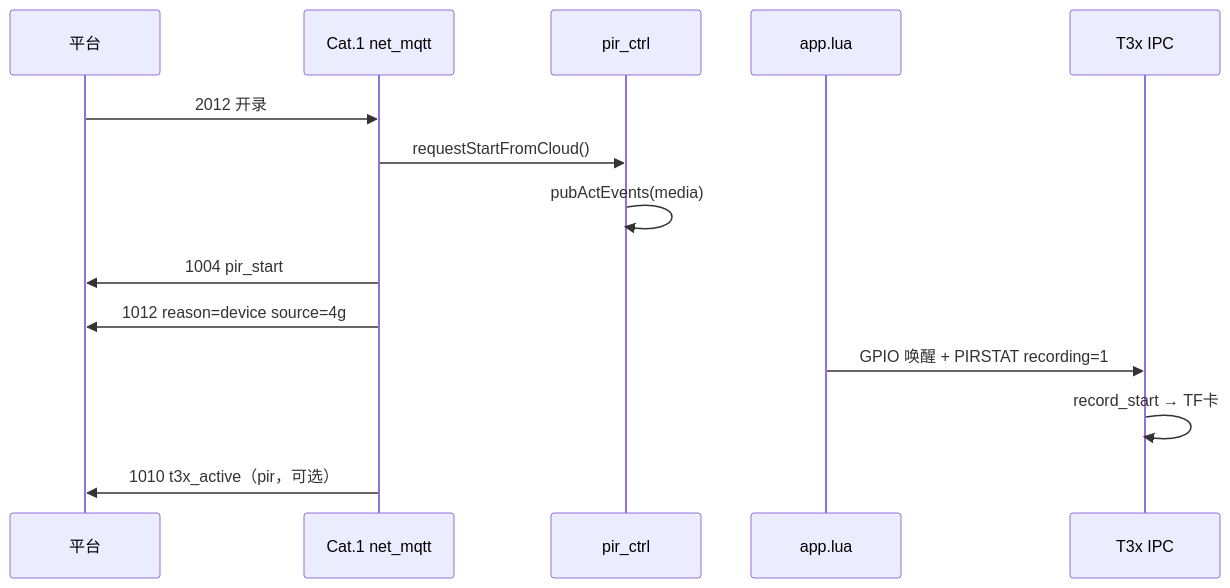
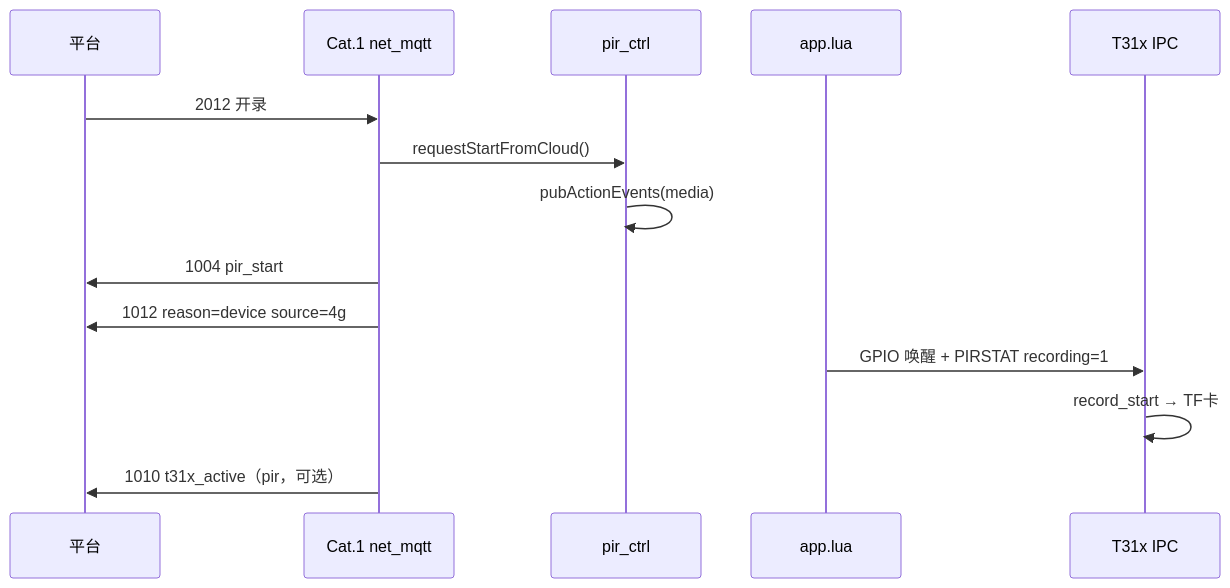
One commit to dzr1986/AIR780EHM changed the diagram in doc/mqtt_2012_1012_flow.md. Above: the diagram before and after it, drawn with Mermaid. The commit also changed other lines of this file and 402 other files, not shown here.

````diff
--- a/doc/mqtt_2012_1012_flow.md
+++ b/doc/mqtt_2012_1012_flow.md
@@ -33,17 +33,17 @@
 ```mermaid
 sequenceDiagram
     participant P as 平台
     participant C as Cat.1 net_mqtt
     participant PR as pir_ctrl
     participant A as app.lua
-    participant T as T3x IPC
+    participant T as T31x IPC
 
     P->>C: 2012 开录
     C->>PR: requestStartFromCloud()
-    PR->>PR: pubActEvents(media)
+    PR->>PR: pubActionEvents(media)
     C->>P: 1004 pir_start
     C->>P: 1012 reason=device source=4g
     A->>T: GPIO 唤醒 + PIRSTAT recording=1
     T->>T: record_start → TF卡
-    C->>P: 1010 t3x_active（pir，可选）
+    C->>P: 1010 t31x_active（pir，可选）
 ```
````
